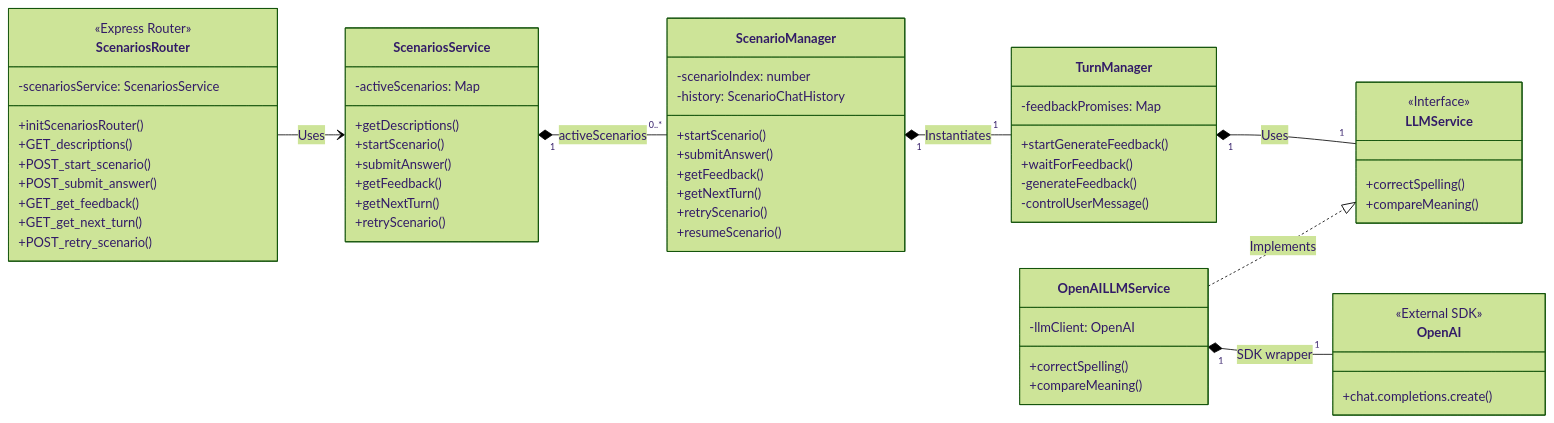
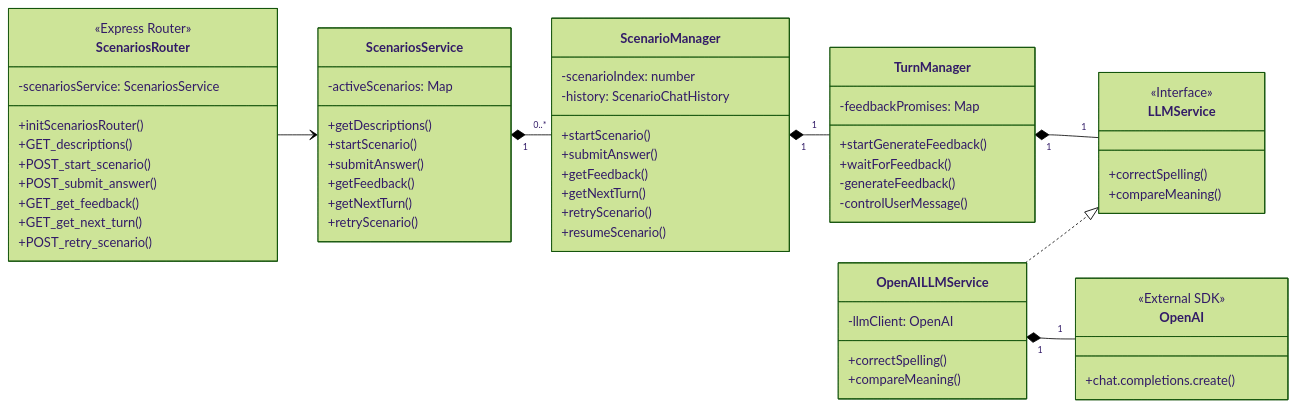
The diagram in server/diagrams/classDiagram.md (d-smart-chalmers/interactive-chatbot), drawn with Mermaid (forest theme) before and after one commit. The commit also changed 5 other files, not shown here.

Commit message:
fix: added numbering to scenariolist. added mermaid diagrams

````diff
--- a/server/diagrams/classDiagram.md
+++ b/server/diagrams/classDiagram.md
@@ -3,78 +3,78 @@
 ```mermaid
 classDiagram
     direction LR
 
     %% --- Controllers & Routers ---
     class ScenariosRouter {
         <<Express Router>>
         -scenariosService: ScenariosService
         +initScenariosRouter()
         +GET_descriptions()
         +POST_start_scenario()
         +POST_submit_answer()
         +GET_get_feedback()
         +GET_get_next_turn()
         +POST_retry_scenario()
     }
 
     %% --- Services & Managers ---
     class ScenariosService {
         -activeScenarios: Map
         +getDescriptions()
         +startScenario()
         +submitAnswer()
         +getFeedback()
         +getNextTurn()
         +retryScenario()
     }
 
     class ScenarioManager {
         -scenarioIndex: number
         -history: ScenarioChatHistory
         +startScenario()
         +submitAnswer()
         +getFeedback()
         +getNextTurn()
         +retryScenario()
         +resumeScenario()
     }
 
     class TurnManager {
         -feedbackPromises: Map
         +startGenerateFeedback()
         +waitForFeedback()
         -generateFeedback()
         -controlUserMessage()
     }
 
     %% --- AI & External Services ---
     class LLMService {
         <<Interface>>
         +correctSpelling()
         +compareMeaning()
     }
 
     class OpenAILLMService {
         -llmClient: OpenAI
         +correctSpelling()
         +compareMeaning()
     }
 
     class OpenAI {
         <<External SDK>>
         +chat.completions.create()
     }
 
     %% ==========================================
     %% RELATIONER
     %% ==========================================
     
     %% Flöde från Router -> Service -> Managers -> AI
-    ScenariosRouter --> ScenariosService : Uses
-    ScenariosService "1" *-- "0..*" ScenarioManager : activeScenarios
-    ScenarioManager "1" *-- "1" TurnManager : Instantiates
-    TurnManager "1" *-- "1" LLMService : Uses
-    OpenAILLMService ..|> LLMService : Implements
-    OpenAILLMService "1" *-- "1" OpenAI : SDK wrapper
+    ScenariosRouter --> ScenariosService
+    ScenariosService "1" *-- "0..*" ScenarioManager
+    ScenarioManager "1" *-- "1" TurnManager
+    TurnManager "1" *-- "1" LLMService
+    OpenAILLMService ..|> LLMService
+    OpenAILLMService "1" *-- "1" OpenAI
     
 ```
````
